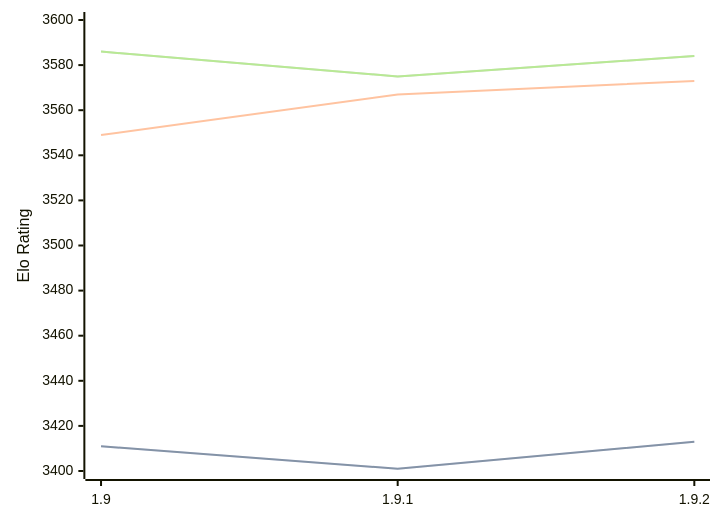
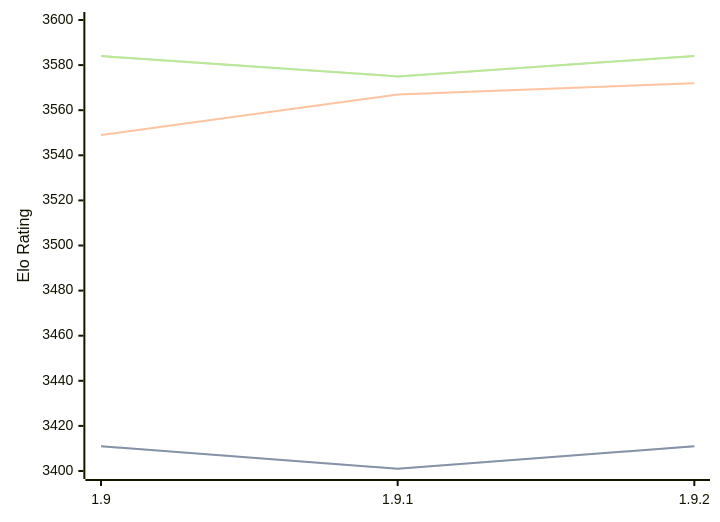
Before and after one commit to computer-chess-index/cci: the diagram in engines/Pawnocchio.md, drawn with Mermaid. The commit also changed other lines of this file, not shown here.

Commit message:
Update CCI Ratings (ELO VLTC) - 2026-03-15

````diff
--- a/engines/Pawnocchio.md
+++ b/engines/Pawnocchio.md
@@ -46,11 +46,11 @@
 ```mermaid
 %%{init: {"theme":"base","themeVariables":{"seriesColors:['#a3a3a3','#222221','#faa371']}}}%%
 xychart-beta
   x-axis ["1.9", "1.9.1", "1.9.2"]
   y-axis "Elo Rating" 3400 --> 3600
-  line "STC (8.0+0.08s)" [3411, 3401, 3413]
-  line "STC (8.0+0.08s)" [3411, 3401, 3413]
-  line "LTC (60.0+0.60s)" [3549, 3567, 3573]
-  line "VLTC (2m24s+1.12s)" [3586, 3575, 3584]
-  line "VLTC (2m24s+1.12s)" [3586, 3575, 3584]
+  line "STC (8.0+0.08s)" [3411, 3401, 3411]
+  line "STC (8.0+0.08s)" [3411, 3401, 3411]
+  line "LTC (60.0+0.60s)" [3549, 3567, 3572]
+  line "VLTC (2m24s+1.12s)" [3584, 3575, 3584]
+  line "VLTC (2m24s+1.12s)" [3584, 3575, 3584]
 ```
````
